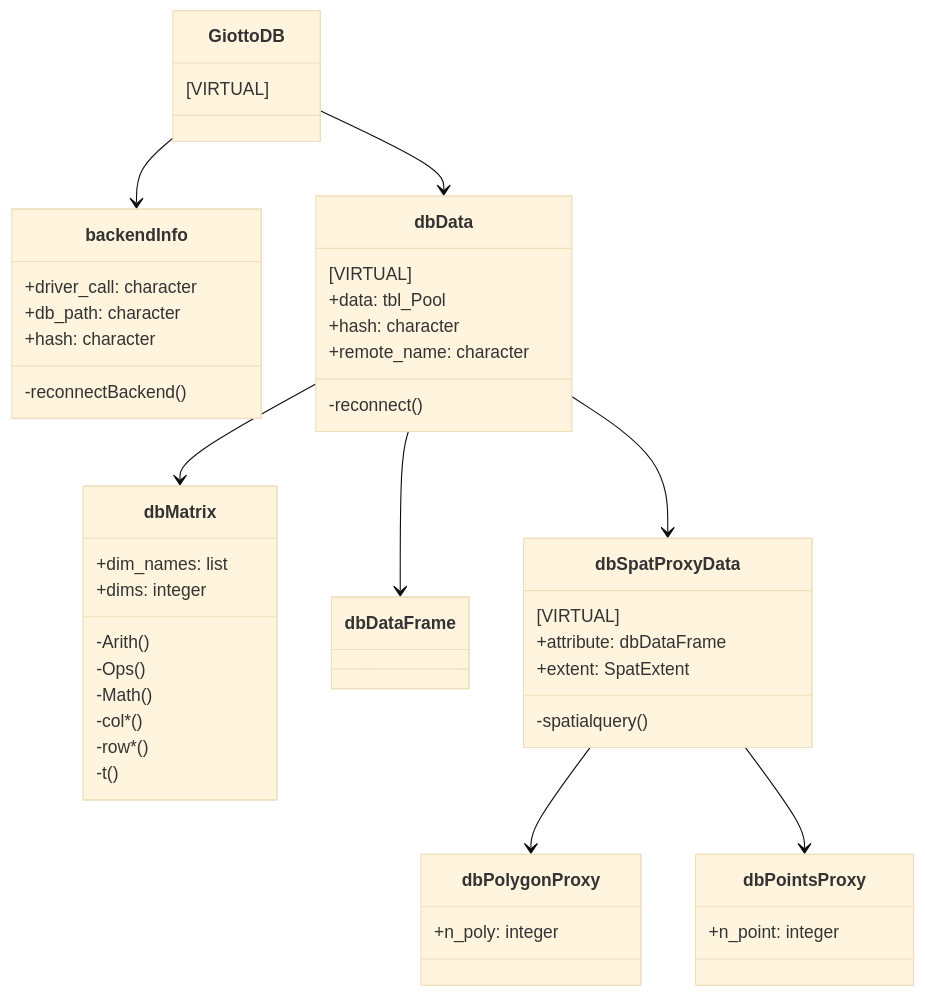
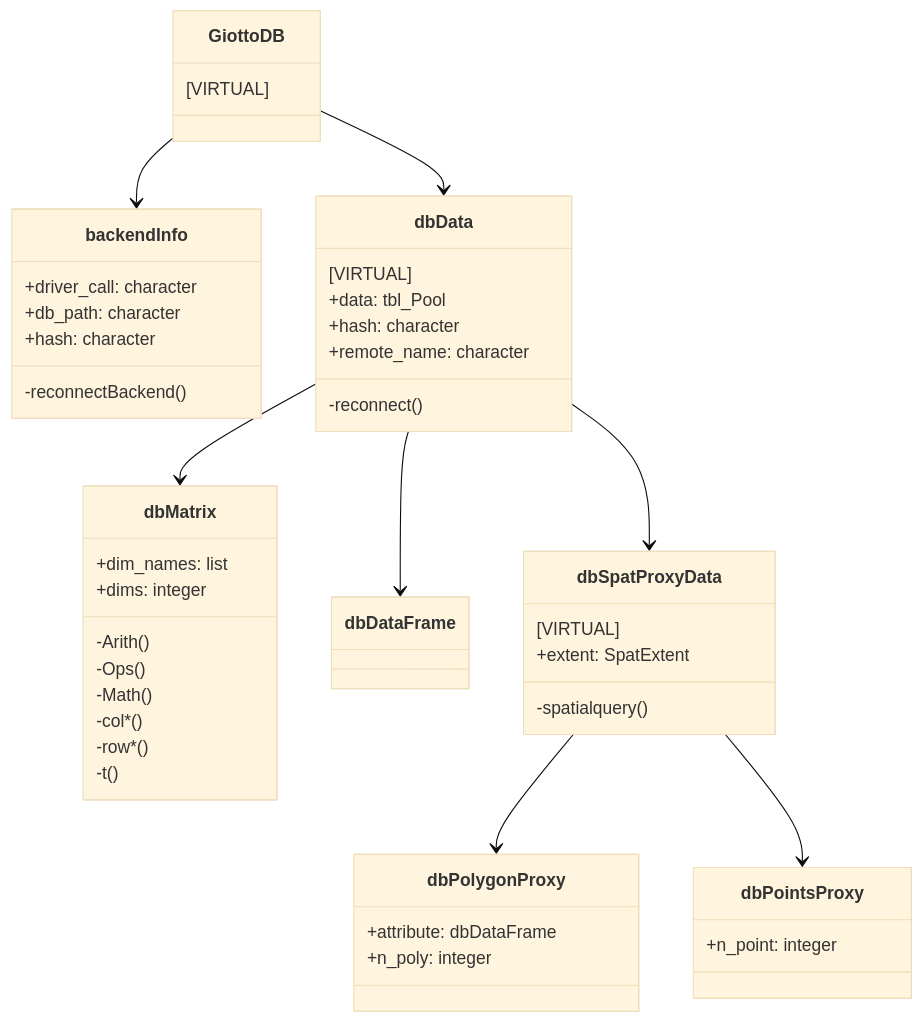
One commit to dbverse-org/dbmatrix-r changed the diagram in doc/class_diagram.md. Above: the diagram before and after it, drawn with Mermaid (base theme). The commit also changed other lines of this file, not shown here.

````diff
--- a/doc/class_diagram.md
+++ b/doc/class_diagram.md
@@ -6,48 +6,48 @@
 ``` mermaid
 classDiagram
 class GiottoDB {[VIRTUAL]}
 class backendInfo {
   +driver_call: character
   +db_path: character
   +hash: character
   -reconnectBackend()
 }
 class dbData {
   [VIRTUAL]
   +data: tbl_Pool
   +hash: character
   +remote_name: character
   -reconnect()
 }
 class dbMatrix {
   +dim_names: list
   +dims: integer
   -Arith()
   -Ops()
   -Math()
   -col*()
   -row*()
   -t()
 }
 class dbDataFrame 
 class dbSpatProxyData {
   [VIRTUAL]
-  +attribute: dbDataFrame
   +extent: SpatExtent
   -spatialquery()
 }
 class dbPolygonProxy {
+  +attribute: dbDataFrame
   +n_poly: integer
 }
 class dbPointsProxy {
   +n_point: integer
 }
 
 GiottoDB --> dbData
 GiottoDB --> backendInfo
 dbData --> dbDataFrame
 dbData --> dbMatrix
 dbData --> dbSpatProxyData
 dbSpatProxyData --> dbPolygonProxy
 dbSpatProxyData --> dbPointsProxy
 ```
````
